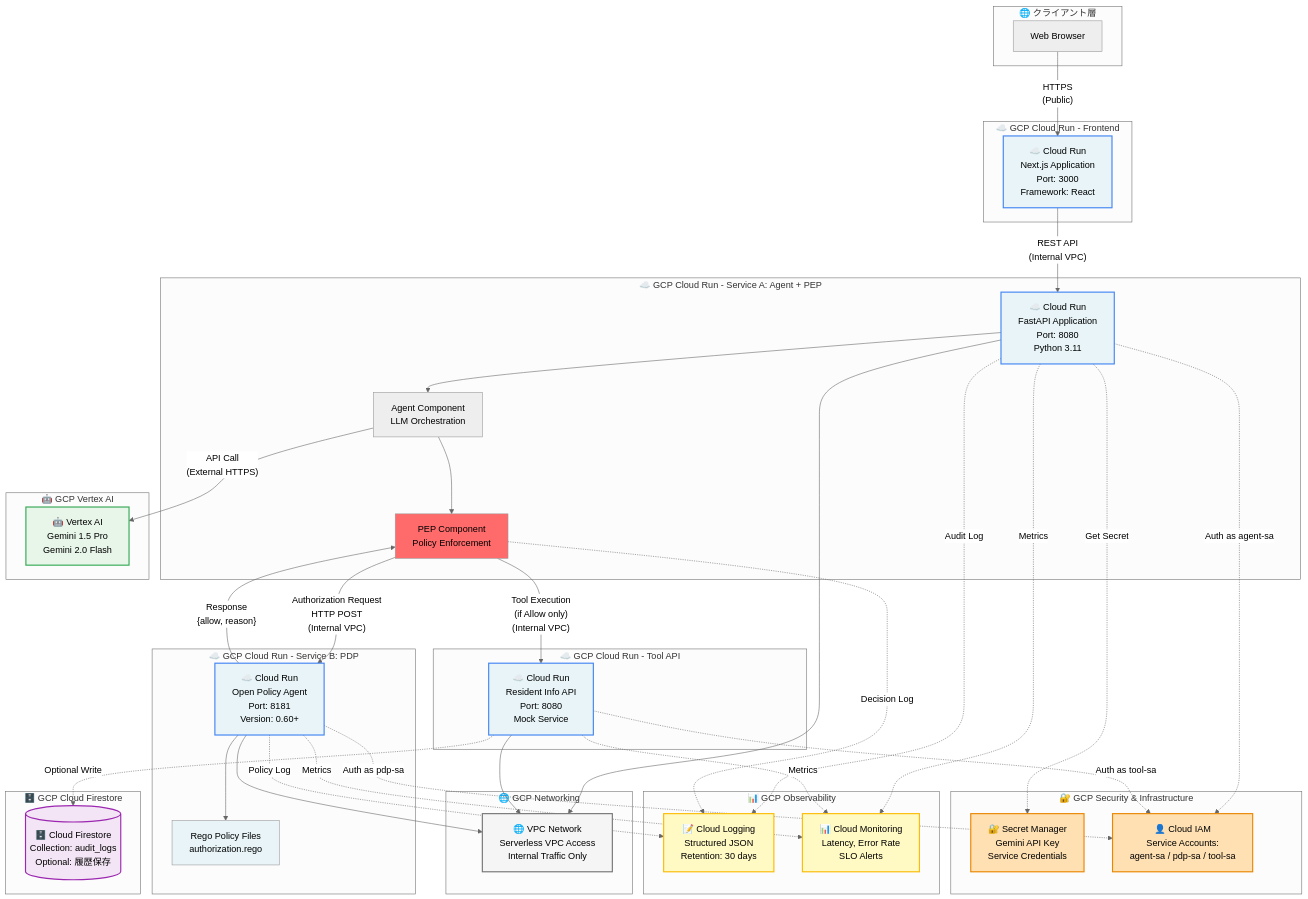
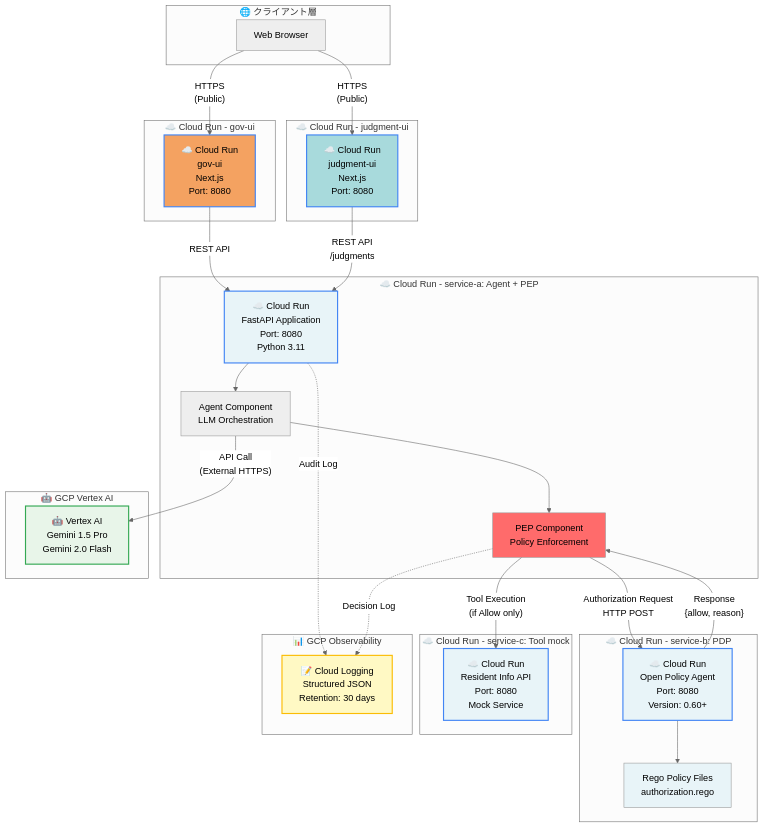
Before and after one commit to appmth/action-gated-authorization-poc: the second of 4 diagrams in diagrams/01-architecture.md, drawn with Mermaid (neutral theme). The commit also changed other lines of this file, not shown here.

First line of the commit message:
docs: update architecture diagram for 5-service configuration

````diff
--- a/diagrams/01-architecture.md
+++ b/diagrams/01-architecture.md
@@ -263,11 +287,15 @@
         Browser[Web Browser]
     end
 
-    subgraph GCP_Frontend["☁️ GCP Cloud Run - Frontend"]
-        NextJS["☁️ Cloud Run<br/>Next.js Application<br/>Port: 3000<br/>Framework: React"]
+    subgraph GCP_GovUI["☁️ Cloud Run - gov-ui"]
+        GovUI["☁️ Cloud Run<br/>gov-ui<br/>Next.js<br/>Port: 8080"]
     end
 
-    subgraph GCP_ServiceA["☁️ GCP Cloud Run - Service A: Agent + PEP"]
+    subgraph GCP_JudgmentUI["☁️ Cloud Run - judgment-ui"]
+        JudgmentUI["☁️ Cloud Run<br/>judgment-ui<br/>Next.js<br/>Port: 8080"]
+    end
+
+    subgraph GCP_ServiceA["☁️ Cloud Run - service-a: Agent + PEP"]
         FastAPI["☁️ Cloud Run<br/>FastAPI Application<br/>Port: 8080<br/>Python 3.11"]
         Agent["Agent Component<br/>LLM Orchestration"]
         PEP["PEP Component<br/>Policy Enforcement"]
@@ -277,75 +305,43 @@
         VertexAI["🤖 Vertex AI<br/>Gemini 1.5 Pro<br/>Gemini 2.0 Flash"]
     end
 
-    subgraph GCP_ServiceB["☁️ GCP Cloud Run - Service B: PDP"]
-        OPA["☁️ Cloud Run<br/>Open Policy Agent<br/>Port: 8181<br/>Version: 0.60+"]
+    subgraph GCP_ServiceB["☁️ Cloud Run - service-b: PDP"]
+        OPA["☁️ Cloud Run<br/>Open Policy Agent<br/>Port: 8080<br/>Version: 0.60+"]
         Rego["Rego Policy Files<br/>authorization.rego"]
     end
 
-    subgraph GCP_Tool["☁️ GCP Cloud Run - Tool API"]
+    subgraph GCP_ServiceC["☁️ Cloud Run - service-c: Tool mock"]
         ToolAPI["☁️ Cloud Run<br/>Resident Info API<br/>Port: 8080<br/>Mock Service"]
-    end
-
-    subgraph GCP_Data["🗄️ GCP Cloud Firestore"]
-        Firestore[("🗄️ Cloud Firestore<br/>Collection: audit_logs<br/>Optional: 履歴保存")]
     end
 
     subgraph GCP_Obs["📊 GCP Observability"]
         Logging["📝 Cloud Logging<br/>Structured JSON<br/>Retention: 30 days"]
-        Monitoring["📊 Cloud Monitoring<br/>Latency, Error Rate<br/>SLO Alerts"]
     end
 
-    subgraph GCP_Security["🔐 GCP Security & Infrastructure"]
-        Secrets["🔐 Secret Manager<br/>Gemini API Key<br/>Service Credentials"]
-        IAM["👤 Cloud IAM<br/>Service Accounts:<br/>agent-sa / pdp-sa / tool-sa"]
-    end
-
-    subgraph GCP_Network["🌐 GCP Networking"]
-        VPC["🌐 VPC Network<br/>Serverless VPC Access<br/>Internal Traffic Only"]
-    end
-
-    Browser -->|"HTTPS<br/>(Public)"| NextJS
-    NextJS -->|"REST API<br/>(Internal VPC)"| FastAPI
+    Browser -->|"HTTPS<br/>(Public)"| GovUI
+    Browser -->|"HTTPS<br/>(Public)"| JudgmentUI
+    GovUI -->|"REST API"| FastAPI
+    JudgmentUI -->|"REST API<br/>/judgments"| FastAPI
     FastAPI --> Agent
     Agent -->|"API Call<br/>(External HTTPS)"| VertexAI
     Agent --> PEP
 
-    PEP -->|"Authorization Request<br/>HTTP POST<br/>(Internal VPC)"| OPA
+    PEP -->|"Authorization Request<br/>HTTP POST"| OPA
     OPA --> Rego
     OPA -->|"Response<br/>{allow, reason}"| PEP
 
-    PEP -->|"Tool Execution<br/>(if Allow only)<br/>(Internal VPC)"| ToolAPI
-    ToolAPI -.->|"Optional Write"| Firestore
+    PEP -->|"Tool Execution<br/>(if Allow only)"| ToolAPI
 
     FastAPI -.->|"Audit Log"| Logging
     PEP -.->|"Decision Log"| Logging
-    OPA -.->|"Policy Log"| Logging
 
-    FastAPI -.->|"Metrics"| Monitoring
-    OPA -.->|"Metrics"| Monitoring
-    ToolAPI -.->|"Metrics"| Monitoring
-
-    FastAPI --> VPC
-    OPA --> VPC
-    ToolAPI --> VPC
-
-    FastAPI -.->|"Get Secret"| Secrets
-
-    FastAPI -.->|"Auth as agent-sa"| IAM
-    OPA -.->|"Auth as pdp-sa"| IAM
-    ToolAPI -.->|"Auth as tool-sa"| IAM
-
-    style NextJS fill:#E8F4F8,stroke:#4285F4,stroke-width:2px
+    style GovUI fill:#f4a261,stroke:#4285F4,stroke-width:2px
+    style JudgmentUI fill:#a8dadc,stroke:#4285F4,stroke-width:2px
     style FastAPI fill:#E8F4F8,stroke:#4285F4,stroke-width:2px
     style OPA fill:#E8F4F8,stroke:#4285F4,stroke-width:2px
     style ToolAPI fill:#E8F4F8,stroke:#4285F4,stroke-width:2px
     style PEP fill:#ff6b6b
     style Rego fill:#E8F4F8
     style VertexAI fill:#E8F5E9,stroke:#34A853,stroke-width:2px
-    style Firestore fill:#F3E5F5,stroke:#9C27B0,stroke-width:2px
     style Logging fill:#FFF9C4,stroke:#FBBC04,stroke-width:2px
-    style Monitoring fill:#FFF9C4,stroke:#FBBC04,stroke-width:2px
-    style Secrets fill:#FFE0B2,stroke:#EA8600,stroke-width:2px
-    style IAM fill:#FFE0B2,stroke:#EA8600,stroke-width:2px
-    style VPC fill:#F5F5F5,stroke:#757575,stroke-width:2px
 ```
````
